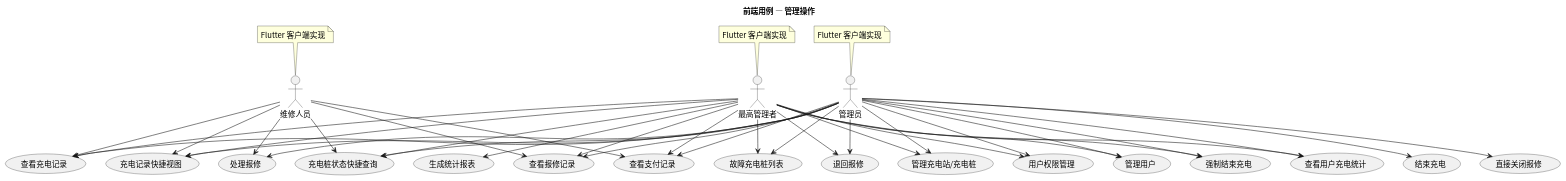
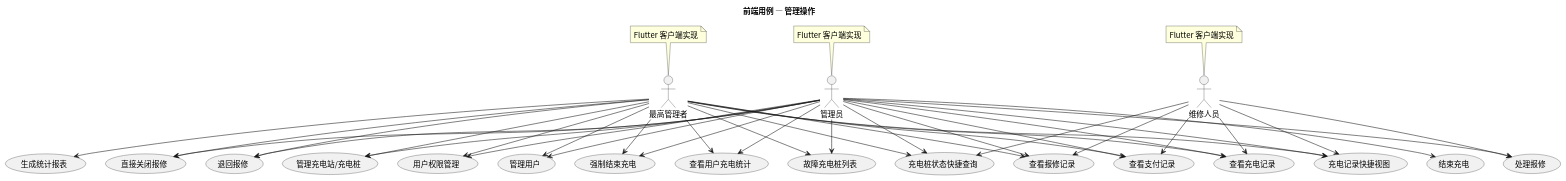
Before and after one commit to greenhandzdl/charging-station-doc: the diagram in usecase/docs/frontend/src/frontend_admin_usecases.puml, drawn with PlantUML. The commit also changed 8 other files, not shown here.

First line of the commit message:
fix: 第23轮评估修复 — 跨图一致性全面补全（1 CRITICAL + 2 MAJOR + 2 MINOR）

```diff
--- a/usecase/docs/frontend/src/frontend_admin_usecases.puml
+++ b/usecase/docs/frontend/src/frontend_admin_usecases.puml
@@ -1,66 +1,67 @@
 @startuml
 skinparam defaultFontName "Noto Sans CJK SC"
 skinparam defaultFontSize 14
 title 前端用例 — 管理操作
 skinparam useCaseShape rectangle
 
 actor "管理员" as A
 actor "维修人员" as M
 actor "最高管理者" as SA
 
 note top of A : Flutter 客户端实现
 note top of M : Flutter 客户端实现
 note top of SA : Flutter 客户端实现
 
 usecase "处理报修" as HR
 usecase "管理充电站/充电桩" as MM
 usecase "用户权限管理" as PM
 usecase "管理用户" as MU
 usecase "强制结束充电" as FSC
 usecase "结束充电" as EC
 usecase "生成统计报表" as GS
 usecase "充电桩状态快捷查询" as QC
 usecase "查看报修记录" as VR
 usecase "查看支付记录" as VPR
 usecase "查看充电记录" as VCR
 usecase "充电记录快捷视图" as QV
 usecase "查看用户充电统计" as UCS
 usecase "故障充电桩列表" as FCL
 usecase "直接关闭报修" as DCR
 usecase "退回报修" as RR
 
 A --> HR
 A --> DCR
 A --> VR
 A --> MM
 A --> PM
 A --> MU
 A --> FSC
 A --> EC
 A --> QC
 A --> QV
 A --> VCR
 A --> VPR
 A --> UCS
 A --> RR
 A --> FCL
 SA --> FCL
 SA --> RR
 SA --> VR
 M --> HR
 M --> VR
 M --> VPR
 M --> VCR
 M --> QV
 M --> QC
 SA --> MM
 SA --> PM
 SA --> MU
 SA --> FSC
 SA --> GS
 SA --> VCR
 SA --> QC
 SA --> QV
 SA --> VPR
 SA --> UCS
+SA --> DCR
 @enduml
```
